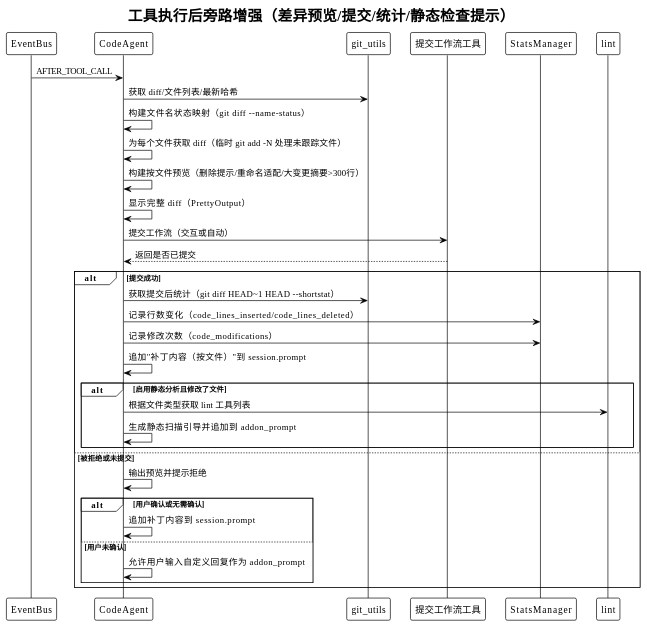
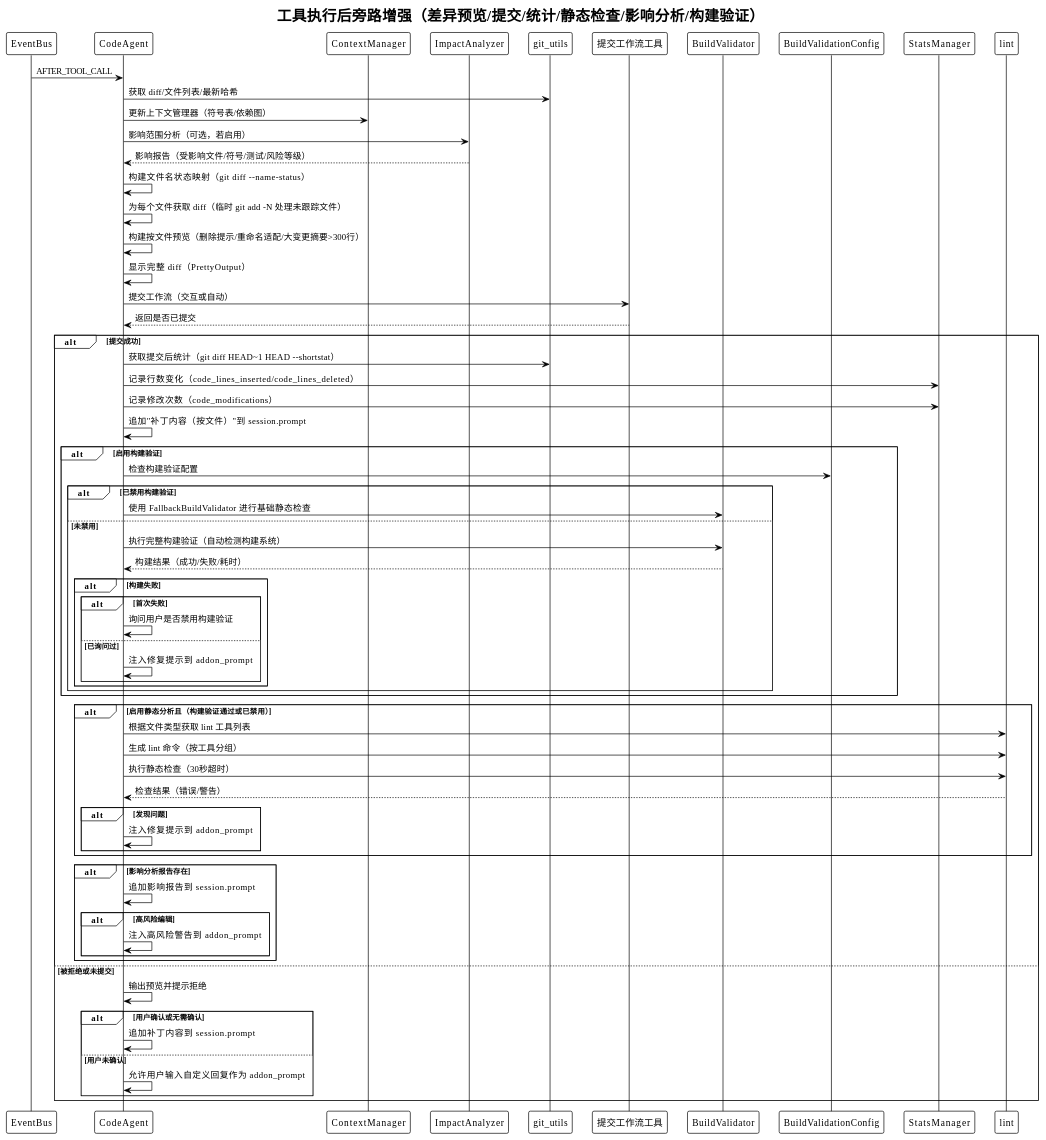
One commit to skyfireitdiy/Jarvis changed diagram 26 of 60 in 技术报告.md. Above: the diagram before and after it, drawn with PlantUML. The commit also changed other lines of this file, not shown here.

First line of the commit message:
feat(code_analyzer): 新增代码分析器模块和相关功能

````diff
--- a/技术报告.md
+++ b/技术报告.md
@@ -1749,41 +1833,79 @@
 ```plantuml
 @startuml
 !theme plain
-title 工具执行后旁路增强（差异预览/提交/统计/静态检查提示）
+title 工具执行后旁路增强（差异预览/提交/统计/静态检查/影响分析/构建验证）
 
 participant "EventBus" as Bus
 participant "CodeAgent" as CA
+participant "ContextManager" as CM
+participant "ImpactAnalyzer" as IA
 participant "git_utils" as Git
 participant "提交工作流工具" as GCT
+participant "BuildValidator" as BV
+participant "BuildValidationConfig" as BVC
 participant "StatsManager" as Stats
 participant "lint" as Lint
 
 Bus -> CA: AFTER_TOOL_CALL
 
 CA -> Git: 获取 diff/文件列表/最新哈希
+CA -> CM: 更新上下文管理器（符号表/依赖图）
+CA -> IA: 影响范围分析（可选，若启用）
+IA --> CA: 影响报告（受影响文件/符号/测试/风险等级）
+
 CA -> CA: 构建文件名状态映射（git diff --name-status）
 CA -> CA: 为每个文件获取 diff（临时 git add -N 处理未跟踪文件）
 CA -> CA: 构建按文件预览（删除提示/重命名适配/大变更摘要>300行）
 CA -> CA: 显示完整 diff（PrettyOutput）
 CA -> GCT: 提交工作流（交互或自动）
 GCT --> CA: 返回是否已提交
 
 alt 提交成功
   CA -> Git: 获取提交后统计（git diff HEAD~1 HEAD --shortstat）
   CA -> Stats: 记录行数变化（code_lines_inserted/code_lines_deleted）
   CA -> Stats: 记录修改次数（code_modifications）
   CA -> CA: 追加"补丁内容（按文件）"到 session.prompt
-  alt 启用静态分析且修改了文件
+  
+  alt 启用构建验证
+    CA -> BVC: 检查构建验证配置
+    alt 已禁用构建验证
+      CA -> BV: 使用 FallbackBuildValidator 进行基础静态检查
+    else 未禁用
+      CA -> BV: 执行完整构建验证（自动检测构建系统）
+      BV --> CA: 构建结果（成功/失败/耗时）
+      alt 构建失败
+        alt 首次失败
+          CA -> CA: 询问用户是否禁用构建验证
+        else 已询问过
+          CA -> CA: 注入修复提示到 addon_prompt
+        end
+      end
+    end
+  end
+  
+  alt 启用静态分析且（构建验证通过或已禁用）
     CA -> Lint: 根据文件类型获取 lint 工具列表
-    CA -> CA: 生成静态扫描引导并追加到 addon_prompt
+    CA -> Lint: 生成 lint 命令（按工具分组）
+    CA -> Lint: 执行静态检查（30秒超时）
+    Lint --> CA: 检查结果（错误/警告）
+    alt 发现问题
+      CA -> CA: 注入修复提示到 addon_prompt
+    end
+  end
+  
+  alt 影响分析报告存在
+    CA -> CA: 追加影响报告到 session.prompt
+    alt 高风险编辑
+      CA -> CA: 注入高风险警告到 addon_prompt
+    end
   end
 else 被拒绝或未提交
   CA -> CA: 输出预览并提示拒绝
   alt 用户确认或无需确认
     CA -> CA: 追加补丁内容到 session.prompt
   else 用户未确认
     CA -> CA: 允许用户输入自定义回复作为 addon_prompt
   end
 end
 @enduml
 ```
````
